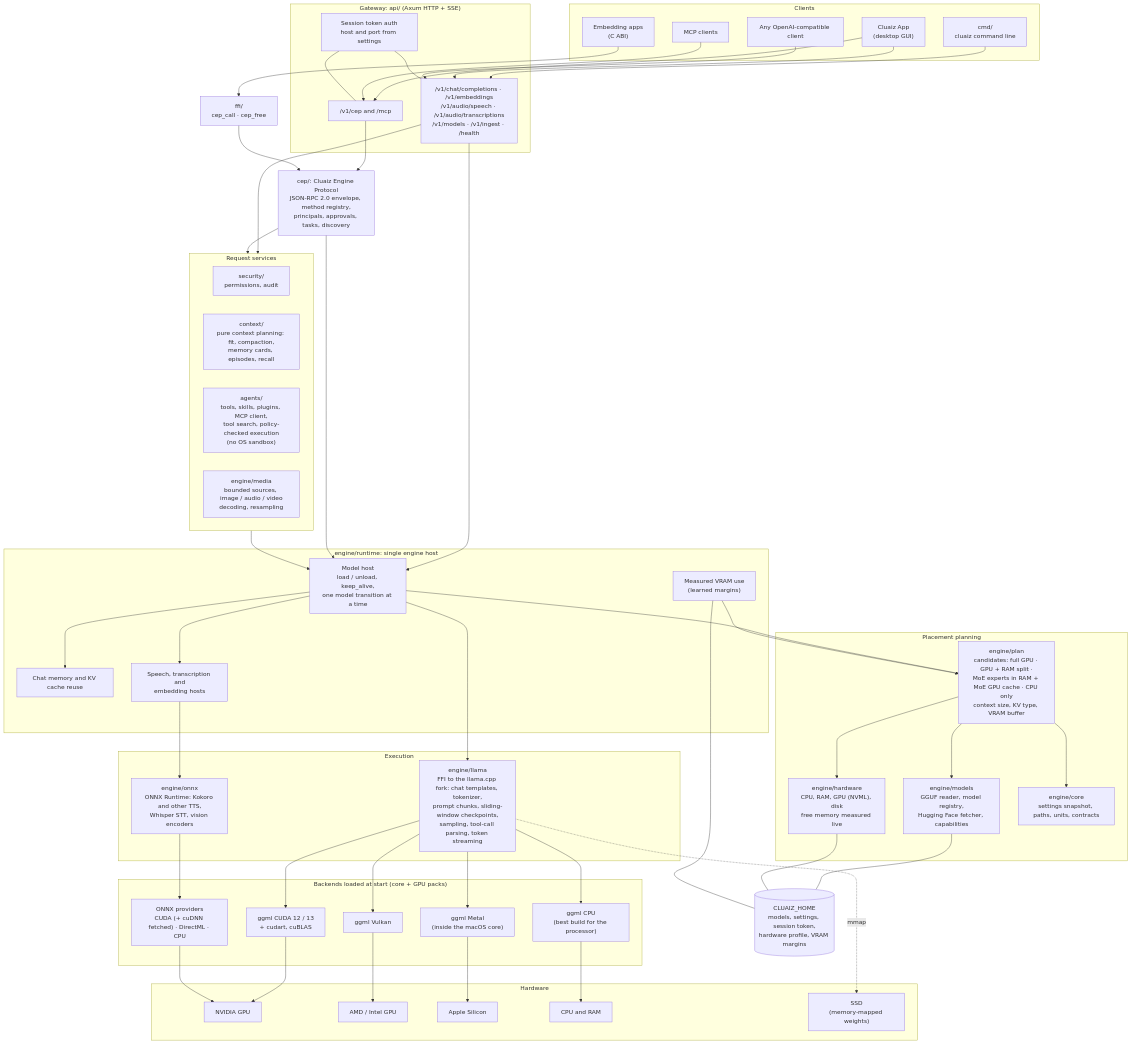
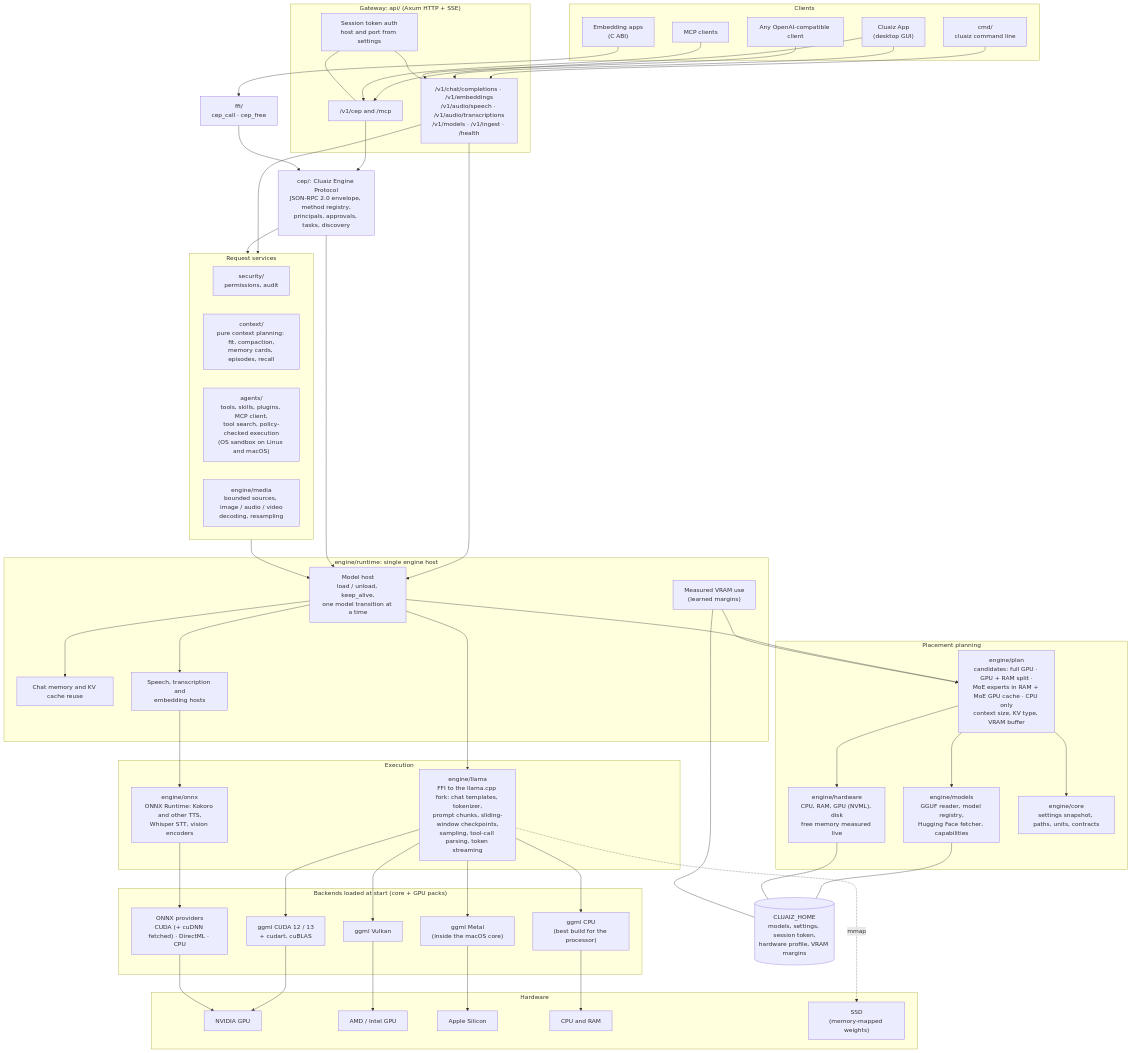
One commit to cluaiz/cluaiz changed the first of 2 diagrams in README.md. Above: the diagram before and after it, drawn with Mermaid. The commit also changed other lines of this file and 210 other files, not shown here.

Commit message:
docs: figures redrawn in black and white as real diagrams, Coming from Ollama, terminal screen page, OS sandbox facts corrected, OpenAI extra_body

```diff
--- a/README.md
+++ b/README.md
@@ -437,7 +437,7 @@
     subgraph SERVICES["Request services"]
         SEC["security/<br/>permissions, audit"]
         CTX["context/<br/>pure context planning: fit, compaction,<br/>memory cards, episodes, recall"]
-        AGT["agents/<br/>tools, skills, plugins, MCP client,<br/>tool search, policy-checked execution<br/>(no OS sandbox)"]
+        AGT["agents/<br/>tools, skills, plugins, MCP client,<br/>tool search, policy-checked execution<br/>(OS sandbox on Linux and macOS)"]
         MEDIA["engine/media<br/>bounded sources, image / audio / video<br/>decoding, resampling"]
     end
 
```
